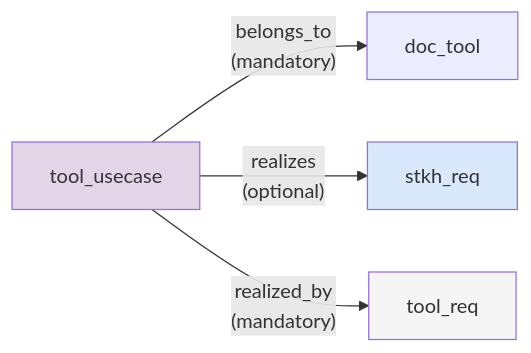
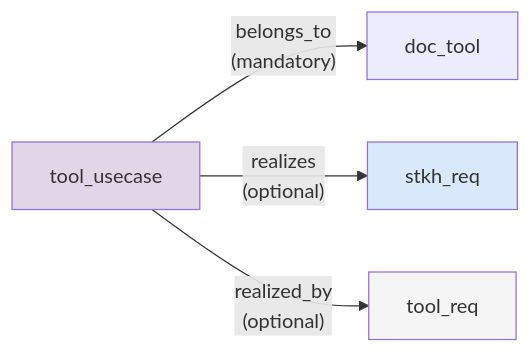
The third of 14 diagrams in docs/how-to/perform_tool_verification.md (etas-contrib/score_docs-as-code), drawn with Mermaid before and after one commit. The commit also changed other lines of this file and 11 other files, not shown here.

````diff
--- a/docs/how-to/perform_tool_verification.md
+++ b/docs/how-to/perform_tool_verification.md
@@ -208,15 +211,15 @@
 ```{mermaid}
 flowchart LR
     STKH["stkh_req"]
     DT["doc_tool"]
     UC["tool_usecase"]
     TR["tool_req"]
 
     UC -->|"belongs_to<br/>(mandatory)"| DT
     UC -->|"realizes<br/>(optional)"| STKH
-    UC -->|"realized_by<br/>(mandatory)"| TR
+    UC -->|"realized_by<br/>(optional)"| TR
 
     style STKH fill:#DAE8FC
     style UC fill:#E1D5E7
     style TR fill:#F5F5F5
 ```
````
